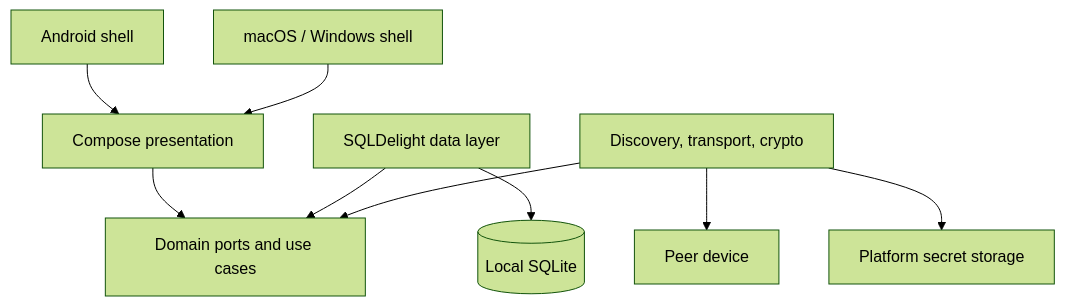
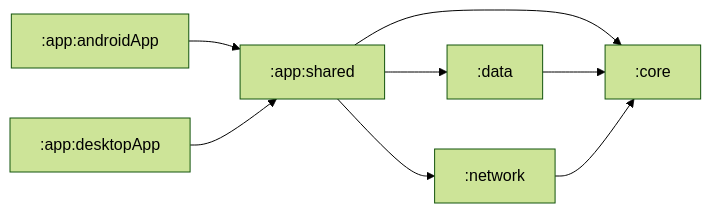
The second of 3 diagrams in docs/ARCHITECTURE.md (x2ink/subnetdrop), drawn with Mermaid (forest theme) before and after one commit. The commit also changed other lines of this file and 21 other files, not shown here.

````diff
--- a/docs/ARCHITECTURE.md
+++ b/docs/ARCHITECTURE.md
@@ -15,11 +58,10 @@
 ```mermaid
-flowchart TB
-    Android[Android shell] --> UI
-    Desktop[macOS / Windows shell] --> UI
-    UI[Compose presentation] --> Domain[Domain ports and use cases]
-    Data[SQLDelight data layer] --> Domain
-    Network[Discovery, transport, crypto] --> Domain
-    Network --> Peer[Peer device]
-    Data --> Database[(Local SQLite)]
-    Network --> Secrets[Platform secret storage]
+flowchart LR
+    Android[:app:androidApp] --> Shared[:app:shared]
+    Desktop[:app:desktopApp] --> Shared
+    Shared --> Core[:core]
+    Shared --> Data[:data]
+    Shared --> Network[:network]
+    Data --> Core
+    Network --> Core
 ```
````
